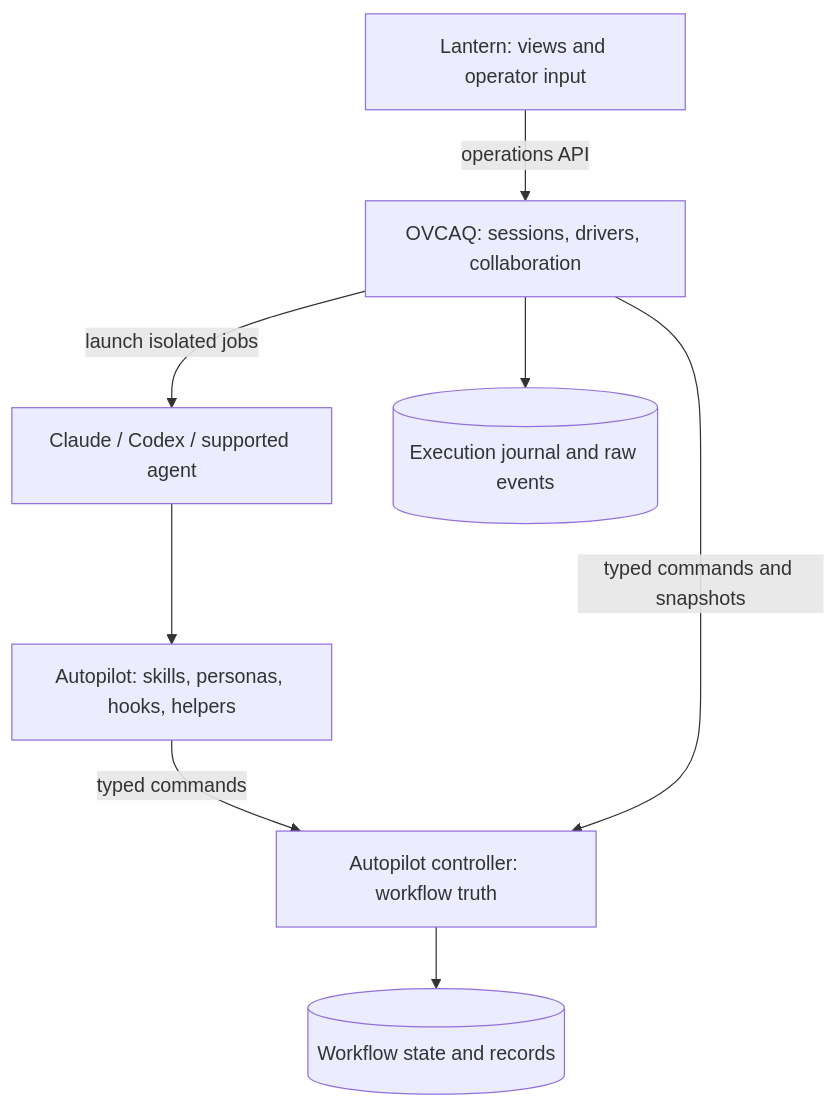
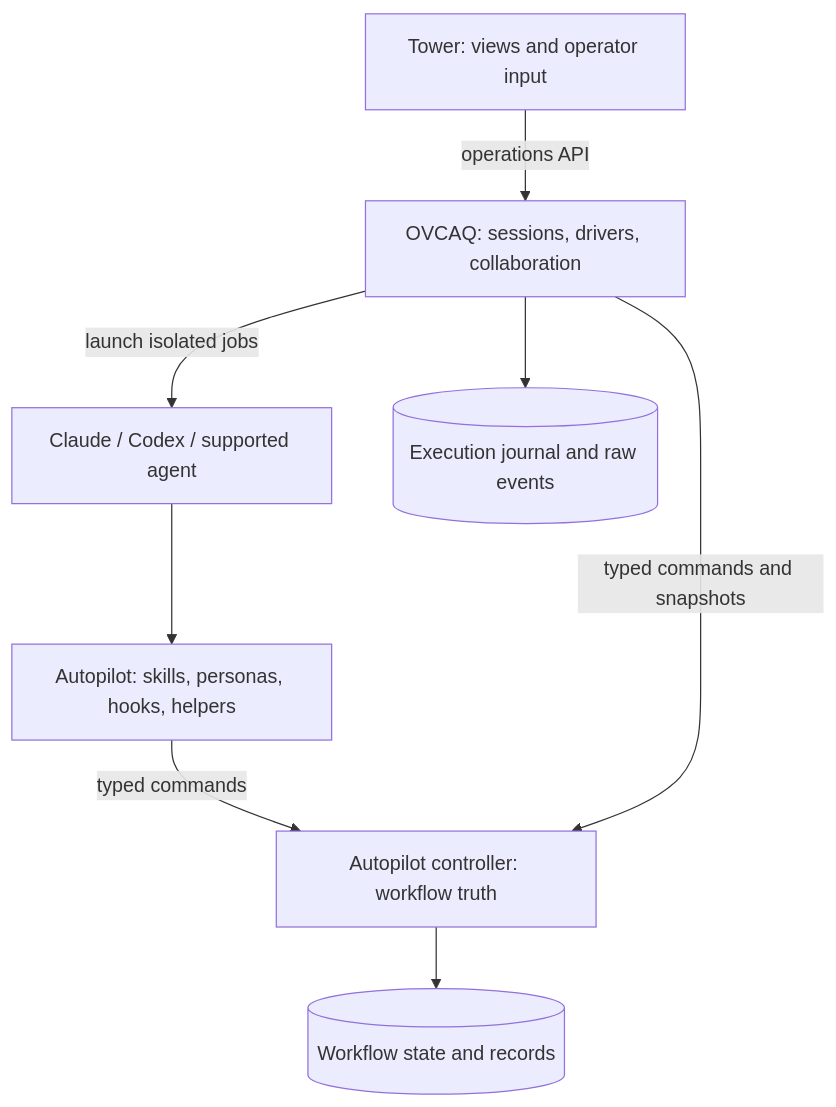
One commit to buvis/agent-plugins changed the diagram in docs/dev/project-management/designs/00011-autopilot-standalone-design.md. Above: the diagram before and after it, drawn with Mermaid. The commit also changed other lines of this file and 9 other files, not shown here.

Commit message:
docs: rename Lantern to Tower per agent operations taxonomy

````diff
--- a/docs/dev/project-management/designs/00011-autopilot-standalone-design.md
+++ b/docs/dev/project-management/designs/00011-autopilot-standalone-design.md
@@ -9,10 +9,10 @@
 ```mermaid
 flowchart TB
-  L[Lantern: views and operator input] -->|operations API| O[OVCAQ: sessions, drivers, collaboration]
+  L[Tower: views and operator input] -->|operations API| O[OVCAQ: sessions, drivers, collaboration]
   O -->|launch isolated jobs| A[Claude / Codex / supported agent]
   A --> P[Autopilot: skills, personas, hooks, helpers]
   P -->|typed commands| C[Autopilot controller: workflow truth]
   O -->|typed commands and snapshots| C
   C --> W[(Workflow state and records)]
   O --> E[(Execution journal and raw events)]
 ```
````
